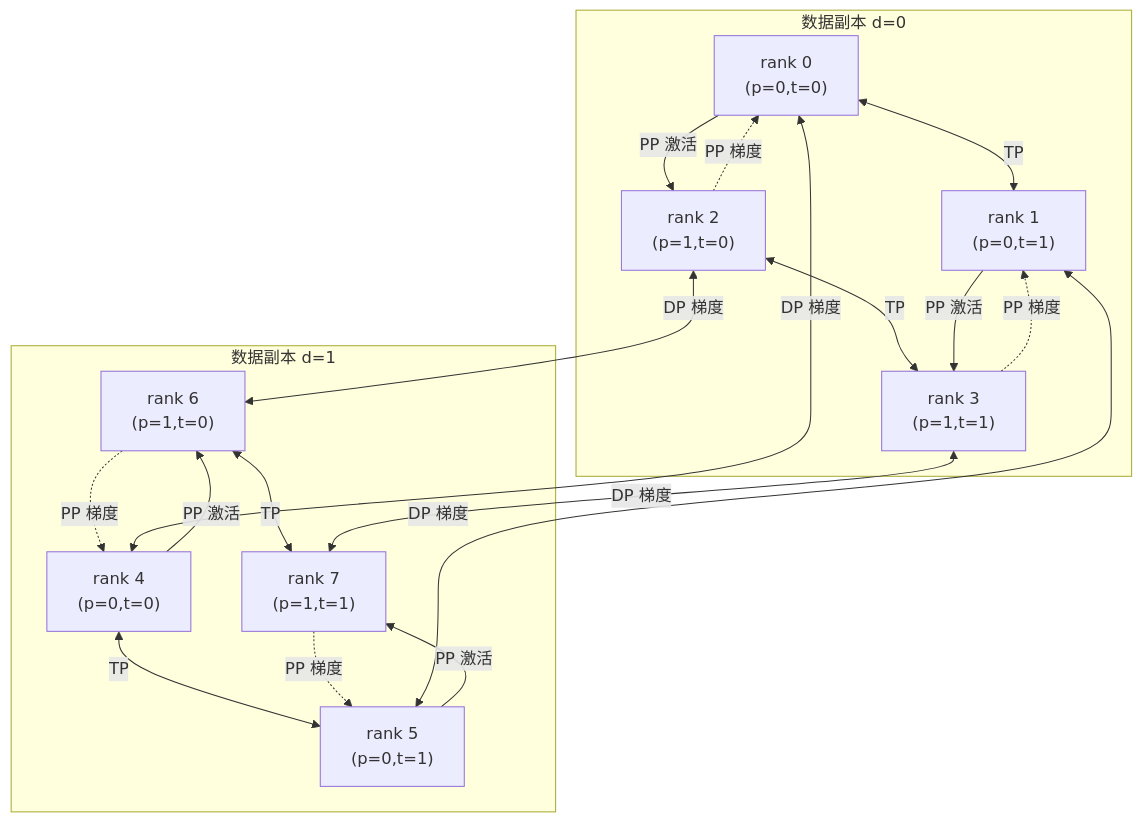
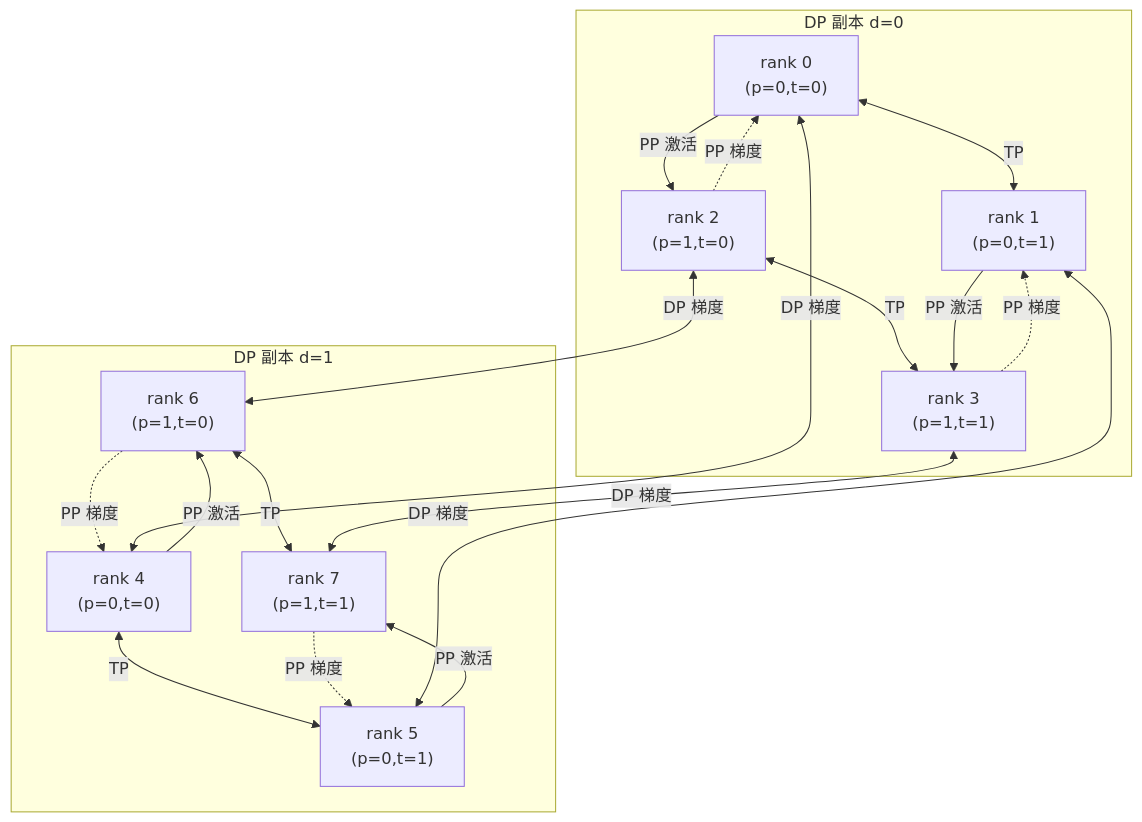
Before and after one commit to MrTang-Yuhan/my-webpage: the fourth of 9 diagrams in src/posts/训练优化/2026-08-06-torch-distributed-分布式训练-03-tp-pp-dp-代码实例/index.md, drawn with Mermaid. The commit also changed other lines of this file and 9 other files, not shown here.

````diff
--- a/src/posts/训练优化/2026-08-06-torch-distributed-分布式训练-03-tp-pp-dp-代码实例/index.md
+++ b/src/posts/训练优化/2026-08-06-torch-distributed-分布式训练-03-tp-pp-dp-代码实例/index.md
@@ -250,27 +556,27 @@
 ```mermaid
 flowchart TB
-    subgraph D0["数据副本 d=0"]
-        A0["rank 0<br/>(p=0,t=0)"] <-->|"TP"| A1["rank 1<br/>(p=0,t=1)"]
-        B0["rank 2<br/>(p=1,t=0)"] <-->|"TP"| B1["rank 3<br/>(p=1,t=1)"]
+    subgraph D0["DP 副本 d=0"]
+        R0["rank 0<br/>(p=0,t=0)"] <-->|"TP"| R1["rank 1<br/>(p=0,t=1)"]
+        R2["rank 2<br/>(p=1,t=0)"] <-->|"TP"| R3["rank 3<br/>(p=1,t=1)"]
 
-        A0 -->|"PP 激活"| B0
-        A1 -->|"PP 激活"| B1
-        B0 -.->|"PP 梯度"| A0
-        B1 -.->|"PP 梯度"| A1
+        R0 -->|"PP 激活"| R2
+        R1 -->|"PP 激活"| R3
+        R2 -.->|"PP 梯度"| R0
+        R3 -.->|"PP 梯度"| R1
     end
 
-    subgraph D1["数据副本 d=1"]
-        C0["rank 4<br/>(p=0,t=0)"] <-->|"TP"| C1["rank 5<br/>(p=0,t=1)"]
-        E0["rank 6<br/>(p=1,t=0)"] <-->|"TP"| E1["rank 7<br/>(p=1,t=1)"]
+    subgraph D1["DP 副本 d=1"]
+        R4["rank 4<br/>(p=0,t=0)"] <-->|"TP"| R5["rank 5<br/>(p=0,t=1)"]
+        R6["rank 6<br/>(p=1,t=0)"] <-->|"TP"| R7["rank 7<br/>(p=1,t=1)"]
 
-        C0 -->|"PP 激活"| E0
-        C1 -->|"PP 激活"| E1
-        E0 -.->|"PP 梯度"| C0
-        E1 -.->|"PP 梯度"| C1
+        R4 -->|"PP 激活"| R6
+        R5 -->|"PP 激活"| R7
+        R6 -.->|"PP 梯度"| R4
+        R7 -.->|"PP 梯度"| R5
     end
 
-    A0 <-->|"DP 梯度"| C0
-    A1 <-->|"DP 梯度"| C1
-    B0 <-->|"DP 梯度"| E0
-    B1 <-->|"DP 梯度"| E1
+    R0 <-->|"DP 梯度"| R4
+    R1 <-->|"DP 梯度"| R5
+    R2 <-->|"DP 梯度"| R6
+    R3 <-->|"DP 梯度"| R7
 ```
````
